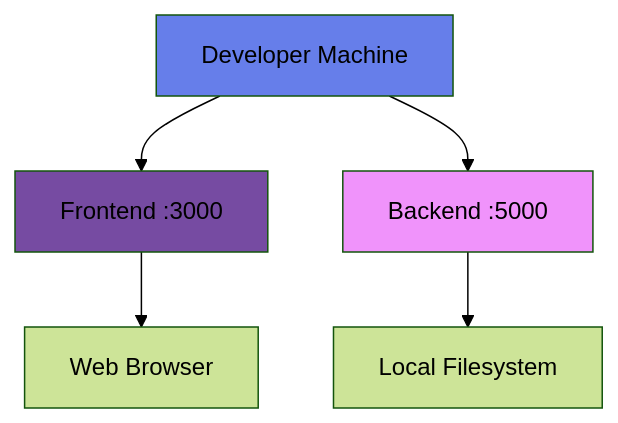
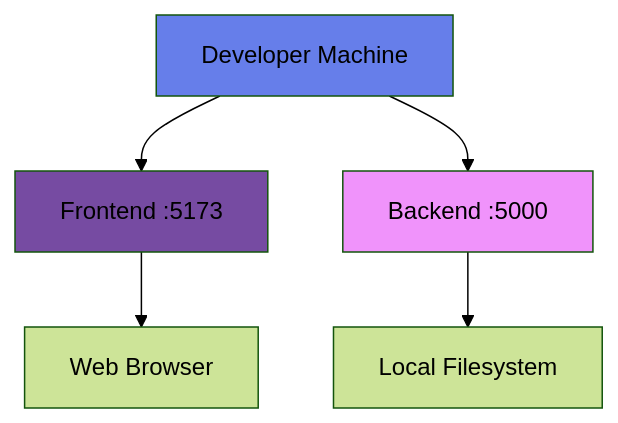
One commit to xXLAOKOONXx/media-player changed the seventh of 8 diagrams in docs/ARCHITECTURE.md. Above: the diagram before and after it, drawn with Mermaid (forest theme). The commit also changed 8 other files, not shown here.

````diff
--- a/docs/ARCHITECTURE.md
+++ b/docs/ARCHITECTURE.md
@@ -245,12 +245,12 @@
 ```mermaid
 graph TB
     Dev[Developer Machine]
-    Dev --> FE[Frontend :3000]
+    Dev --> FE[Frontend :5173]
     Dev --> BE[Backend :5000]
     FE --> Browser[Web Browser]
     BE --> FS[Local Filesystem]
     
     style Dev fill:#667eea
     style FE fill:#764ba2
     style BE fill:#f093fb
 ```
````
